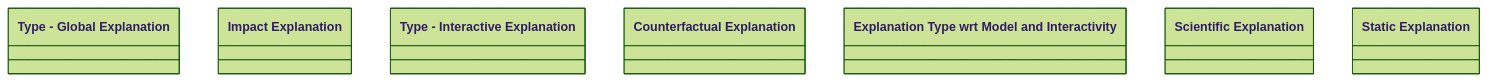
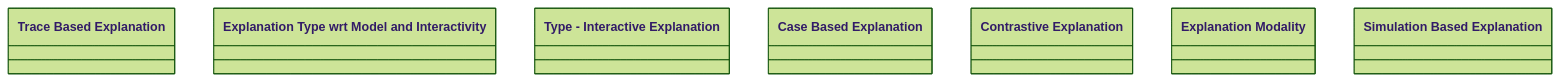
Before and after one commit to oeg-upm/Devos: the diagram in output/ieswc_meta/explanation-ontology.owl-abstract-7-0-hard.md, drawn with Mermaid (forest theme). The commit also changed 131 other files, not shown here.

````diff
--- a/output/ieswc_meta/explanation-ontology.owl-abstract-7-0-hard.md
+++ b/output/ieswc_meta/explanation-ontology.owl-abstract-7-0-hard.md
@@ -1,35 +1,35 @@
 ```mermaid
 	classDiagram
 
     
-    class `Type - Global Explanation` {
+    class `Trace Based Explanation` {
     
     }
 
-    class `Impact Explanation` {
+    class `Explanation Type wrt Model and Interactivity` {
     
     }
 
     class `Type - Interactive Explanation` {
     
     }
 
-    class `Counterfactual Explanation` {
+    class `Case Based Explanation` {
     
     }
 
-    class `Explanation Type wrt Model and Interactivity` {
+    class `Contrastive Explanation` {
     
     }
 
-    class `Scientific Explanation` {
+    class `Explanation Modality` {
     
     }
 
-    class `Static Explanation` {
+    class `Simulation Based Explanation` {
     
     }
 
 
 
 ```
````
